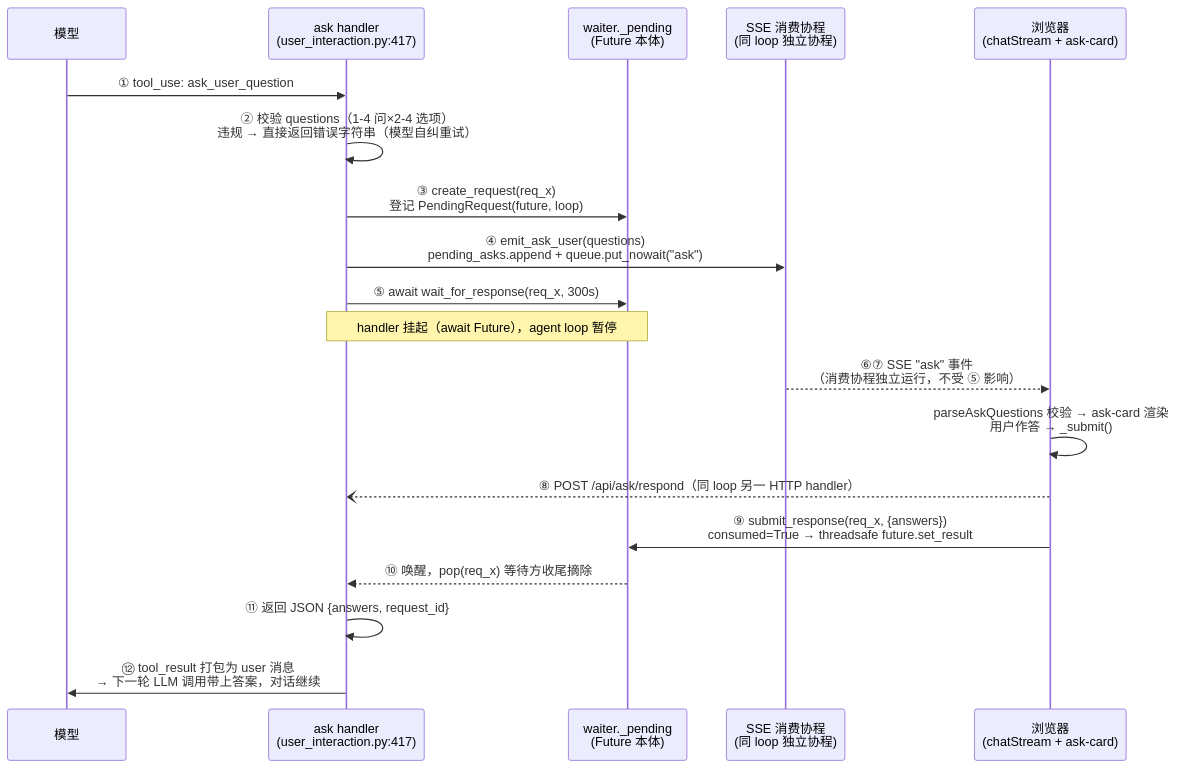
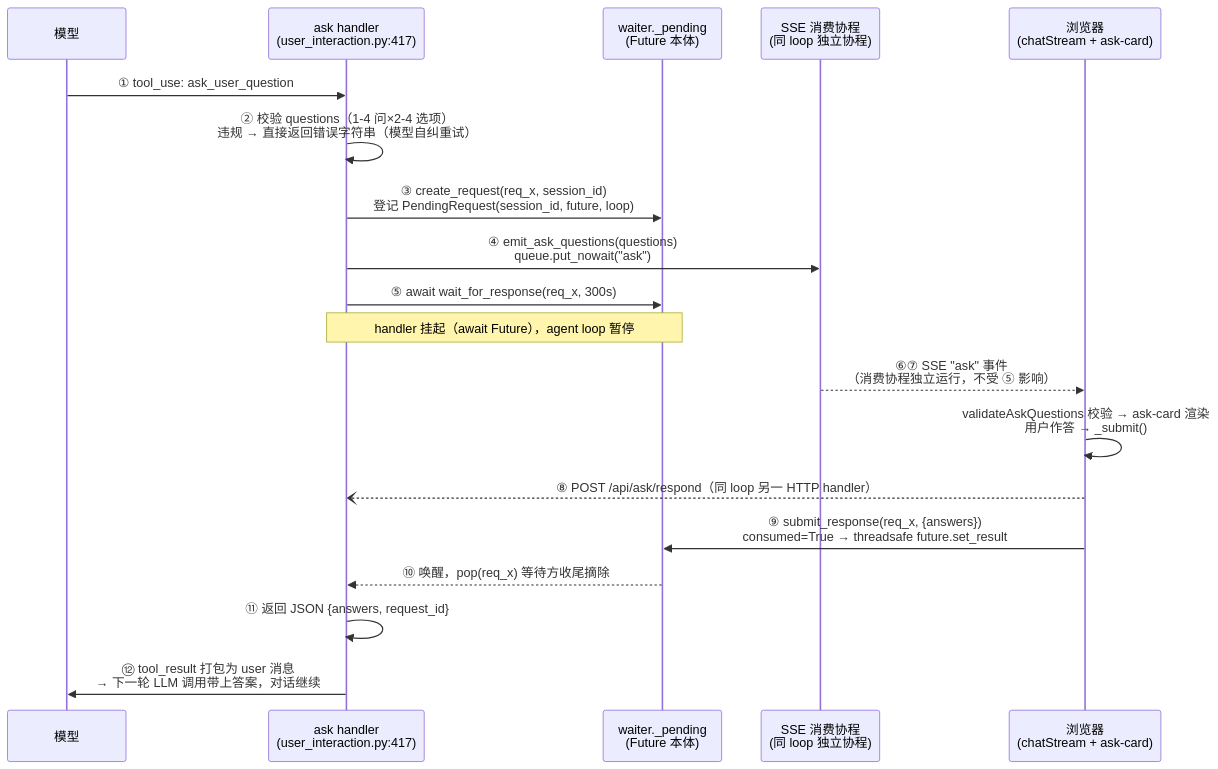
One commit to zhlhaohao/doclens changed the first of 2 diagrams in doclens/web_v2/docs/ARCHITECTURE-ask-loopback.md. Above: the diagram before and after it, drawn with Mermaid. The commit also changed other lines of this file and 38 other files, not shown here.

````diff
--- a/doclens/web_v2/docs/ARCHITECTURE-ask-loopback.md
+++ b/doclens/web_v2/docs/ARCHITECTURE-ask-loopback.md
@@ -24,23 +24,23 @@
 ```mermaid
 sequenceDiagram
     participant M as 模型
     participant H as ask handler<br/>(user_interaction.py:417)
     participant W as waiter._pending<br/>(Future 本体)
     participant S as SSE 消费协程<br/>(同 loop 独立协程)
     participant FE as 浏览器<br/>(chatStream + ask-card)
 
     M->>H: ① tool_use: ask_user_question
     H->>H: ② 校验 questions（1-4 问×2-4 选项）<br/>违规 → 直接返回错误字符串（模型自纠重试）
-    H->>W: ③ create_request(req_x)<br/>登记 PendingRequest(future, loop)
-    H->>S: ④ emit_ask_user(questions)<br/>pending_asks.append + queue.put_nowait("ask")
+    H->>W: ③ create_request(req_x, session_id)<br/>登记 PendingRequest(session_id, future, loop)
+    H->>S: ④ emit_ask_questions(questions)<br/>queue.put_nowait("ask")
     H->>W: ⑤ await wait_for_response(req_x, 300s)
     Note over H,W: handler 挂起（await Future），agent loop 暂停
 
     S-->>FE: ⑥⑦ SSE "ask" 事件<br/>（消费协程独立运行，不受 ⑤ 影响）
-    FE->>FE: parseAskQuestions 校验 → ask-card 渲染<br/>用户作答 → _submit()
+    FE->>FE: validateAskQuestions 校验 → ask-card 渲染<br/>用户作答 → _submit()
     FE--)H: ⑧ POST /api/ask/respond（同 loop 另一 HTTP handler）
     FE->>W: ⑨ submit_response(req_x, {answers})<br/>consumed=True → threadsafe future.set_result
     W-->>H: ⑩ 唤醒，pop(req_x) 等待方收尾摘除
     H->>H: ⑪ 返回 JSON {answers, request_id}
     H->>M: ⑫ tool_result 打包为 user 消息<br/>→ 下一轮 LLM 调用带上答案，对话继续
 ```
````
